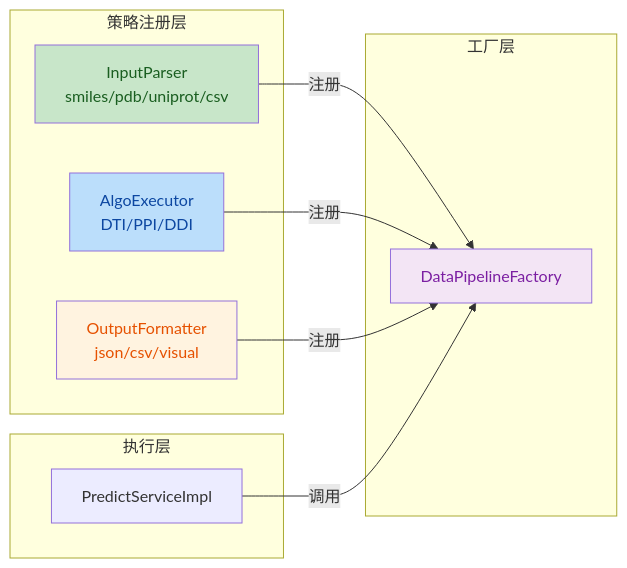
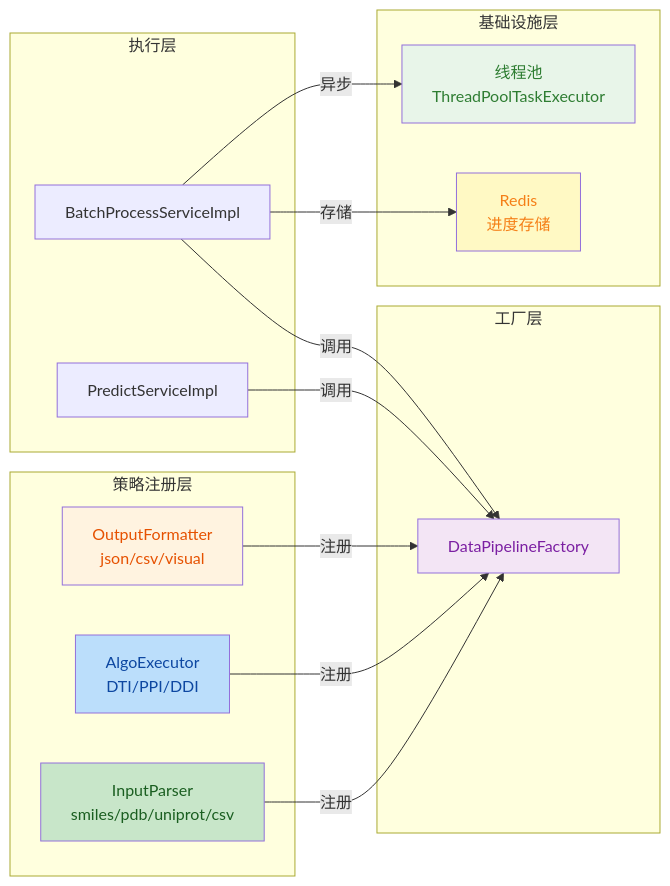
One commit to Ljz4777/SynPharm changed the diagram in docs/modules/predict/数据流开发操作文档.md. Above: the diagram before and after it, drawn with Mermaid. The commit also changed other lines of this file and 3 other files, not shown here.

````diff
--- a/docs/modules/predict/数据流开发操作文档.md
+++ b/docs/modules/predict/数据流开发操作文档.md
@@ -40,26 +48,37 @@
 ```mermaid
 flowchart LR
     subgraph 策略注册层
         A[InputParser<br/>smiles/pdb/uniprot/csv]
         B[AlgoExecutor<br/>DTI/PPI/DDI]
         C[OutputFormatter<br/>json/csv/visual]
     end
     
     subgraph 工厂层
         D[DataPipelineFactory]
     end
     
     subgraph 执行层
         E[PredictServiceImpl]
+        F[BatchProcessServiceImpl]
+    end
+    
+    subgraph 基础设施层
+        G[线程池<br/>ThreadPoolTaskExecutor]
+        H[Redis<br/>进度存储]
     end
     
     A -->|注册| D
     B -->|注册| D
     C -->|注册| D
     E -->|调用| D
+    F -->|调用| D
+    F -->|异步| G
+    F -->|存储| H
     
     style A fill:#c8e6c9,color:#1a5e20
     style B fill:#bbdefb,color:#0d47a1
     style C fill:#fff3e0,color:#e65100
     style D fill:#f3e5f5,color:#7b1fa2
+    style G fill:#e8f5e9,color:#2e7d32
+    style H fill:#fff9c4,color:#f57f17
 ```
````
